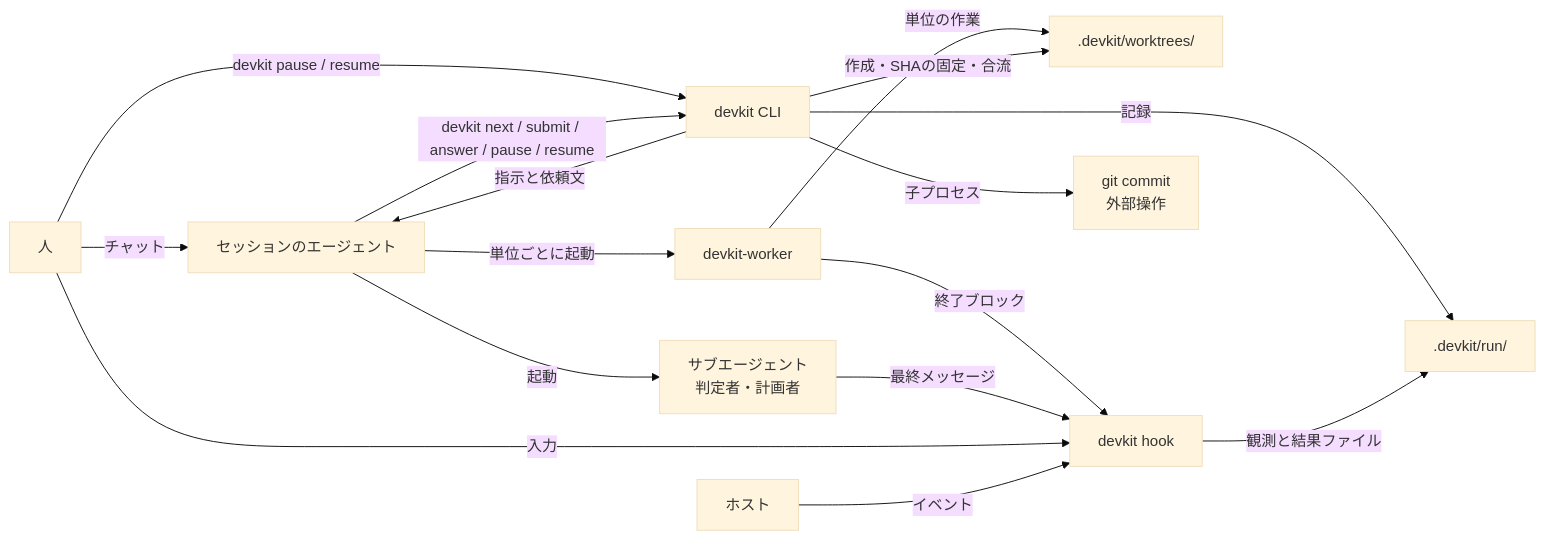
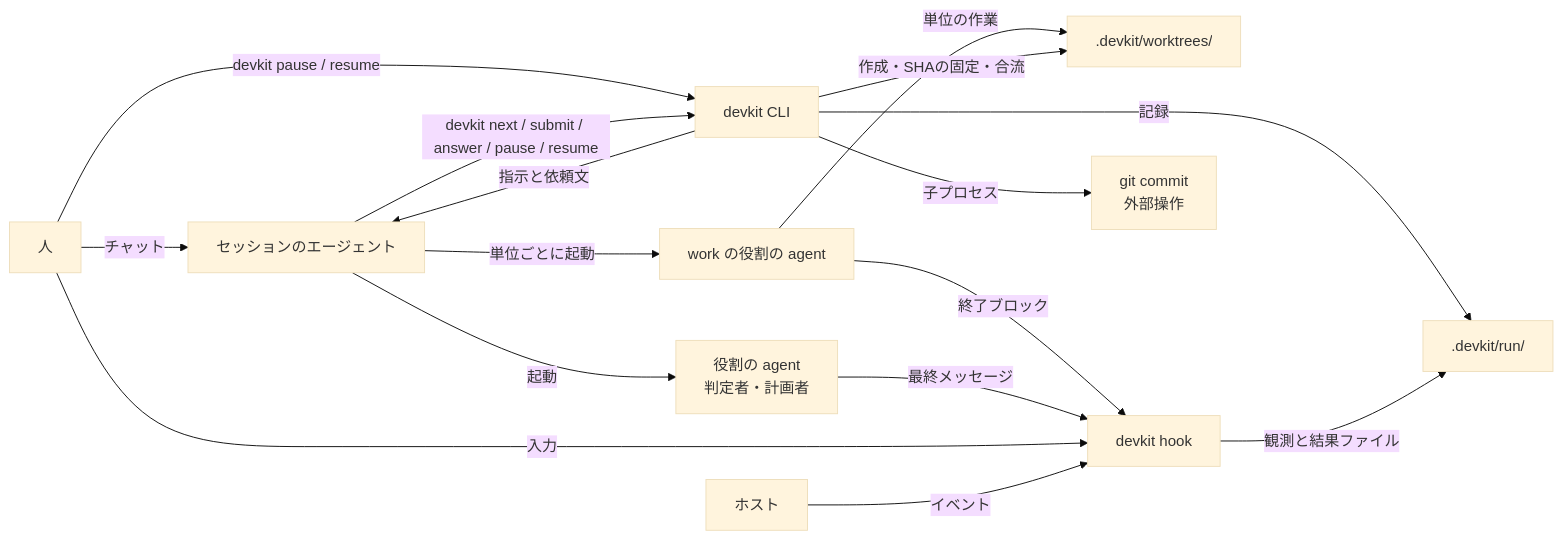
One commit to ildjenty/dev-kit changed the diagram in docs/architecture.md. Above: the diagram before and after it, drawn with Mermaid (base theme). The commit also changed other lines of this file and 88 other files, not shown here.

````diff
--- a/docs/architecture.md
+++ b/docs/architecture.md
@@ -9,18 +9,18 @@
 ```mermaid
 graph LR
   human[人] -- チャット --> agent[セッションのエージェント]
   human -- "devkit pause / resume" --> devkit
   agent -- "devkit next / submit / answer / pause / resume" --> devkit[devkit CLI]
   devkit -- 指示と依頼文 --> agent
   devkit -- 記録 --> run[.devkit/run/]
-  agent -- 起動 --> sub[サブエージェント<br/>判定者・計画者]
-  agent -- 単位ごとに起動 --> worker[devkit-worker]
+  agent -- 起動 --> sub[役割の agent<br/>判定者・計画者]
+  agent -- 単位ごとに起動 --> worker[work の役割の agent]
   worker -- 単位の作業 --> trees[.devkit/worktrees/]
   devkit -- 作成・SHAの固定・合流 --> trees
   worker -- 終了ブロック --> hook
   sub -- 最終メッセージ --> hook[devkit hook]
   human -- 入力 --> hook
   hook -- 観測と結果ファイル --> run
   devkit -- 子プロセス --> cmd[git commit<br/>外部操作]
   host[ホスト] -- イベント --> hook
 ```
````
